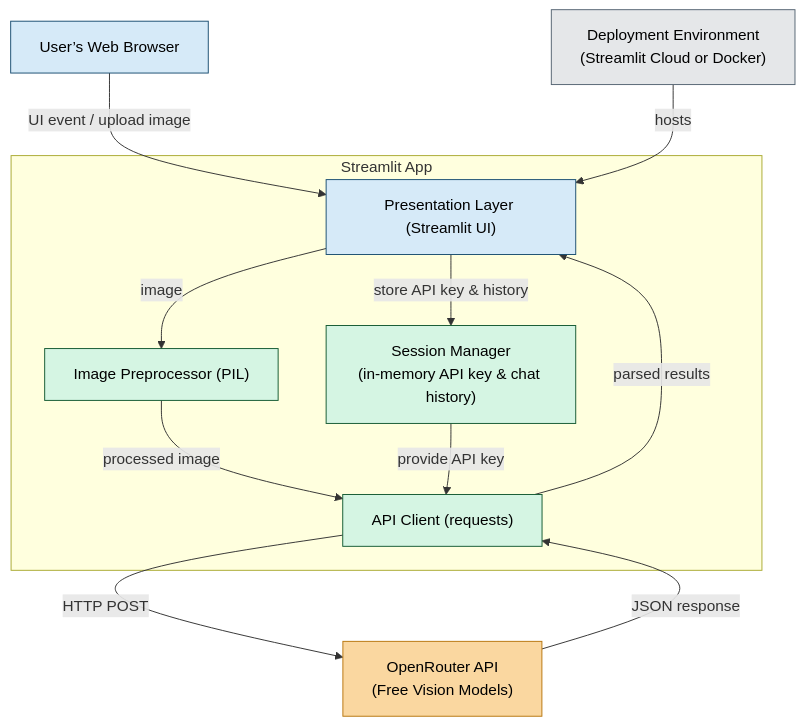
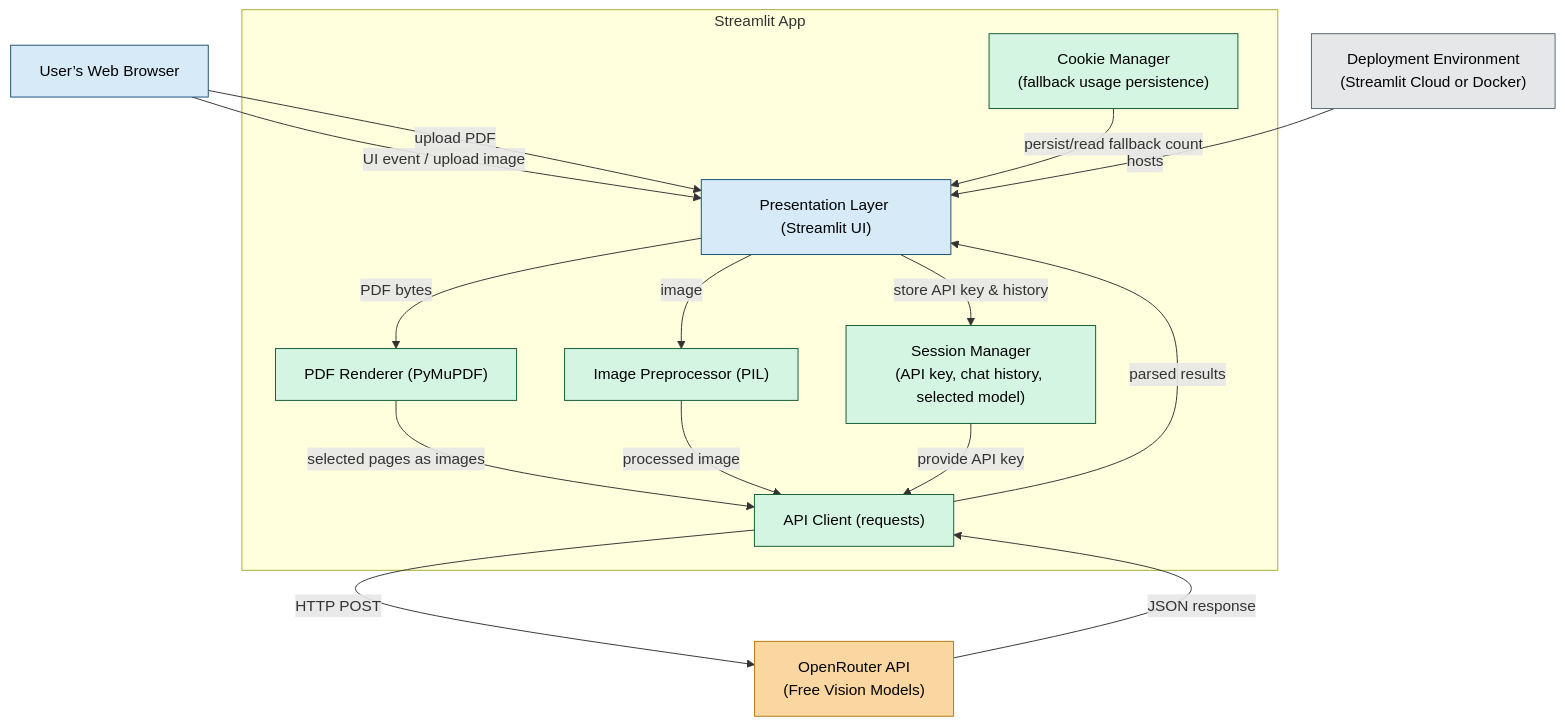
The diagram in README.md (bcastelino/ocr-text-vision-pro), drawn with Mermaid before and after one commit. The commit also changed other lines of this file, not shown here.

````diff
--- a/README.md
+++ b/README.md
@@ -49,47 +50,59 @@
 ```mermaid
 ---
 config:
   layout: dagre
   theme: mc
 ---
 flowchart TB
  subgraph subGraph0["Streamlit App"]
         UI["Presentation Layer (Streamlit UI)"]
-        PIL["Image Preprocessor (PIL)"]
+            PIL["Image Preprocessor (PIL)"]
+            PDF["PDF Renderer (PyMuPDF)"]
         APIClient["API Client (requests)"]
-        Session["Session Manager<br>(in-memory API key &amp; chat history)"]
+            Session["Session Manager<br>(API key, chat history, selected model)"]
+            Cookies["Cookie Manager<br>(fallback usage persistence)"]
   end
     Browser["User’s Web Browser"] -- UI event / upload image --> UI
+      Browser -- upload PDF --> UI
     UI -- image --> PIL
+      UI -- PDF bytes --> PDF
+      PDF -- selected pages as images --> APIClient
     PIL -- processed image --> APIClient
     UI -- store API key & history --> Session
     Session -- provide API key --> APIClient
+      Cookies -- persist/read fallback count --> UI
     APIClient -- HTTP POST --> External["OpenRouter API<br>(Free Vision Models)"]
     External -- JSON response --> APIClient
     APIClient -- parsed results --> UI
     Deployment["Deployment Environment<br>(Streamlit Cloud or Docker)"] -- hosts --> UI
 
      UI:::frontend
      PIL:::app
+   PDF:::app
      APIClient:::app
      Session:::app
+   Cookies:::app
      Browser:::frontend
      External:::external
      Deployment:::deployment
     classDef frontend fill:#D6EAF8,stroke:#1B4F72
     classDef app fill:#D5F5E3,stroke:#145A32
     classDef external fill:#FAD7A0,stroke:#B9770E
     classDef deployment fill:#E5E7E9,stroke:#566573
     style UI color:#000000
     style PIL color:#000000
+   style PDF color:#000000
     style APIClient color:#000000
     style Session color:#000000
+   style Cookies color:#000000
     style Browser color:#000000
     style External color:#000000
     style Deployment color:#000000
     click UI "https://github.com/bcastelino/ocr-text-vision-pro/blob/main/ocr_app.py"
     click PIL "https://github.com/bcastelino/ocr-text-vision-pro/blob/main/ocr_app.py"
+   click PDF "https://github.com/bcastelino/ocr-text-vision-pro/blob/main/ocr_app.py"
     click APIClient "https://github.com/bcastelino/ocr-text-vision-pro/blob/main/ocr_app.py"
     click Session "https://github.com/bcastelino/ocr-text-vision-pro/blob/main/ocr_app.py"
+   click Cookies "https://github.com/bcastelino/ocr-text-vision-pro/blob/main/ocr_app.py"
 
 ```
````
